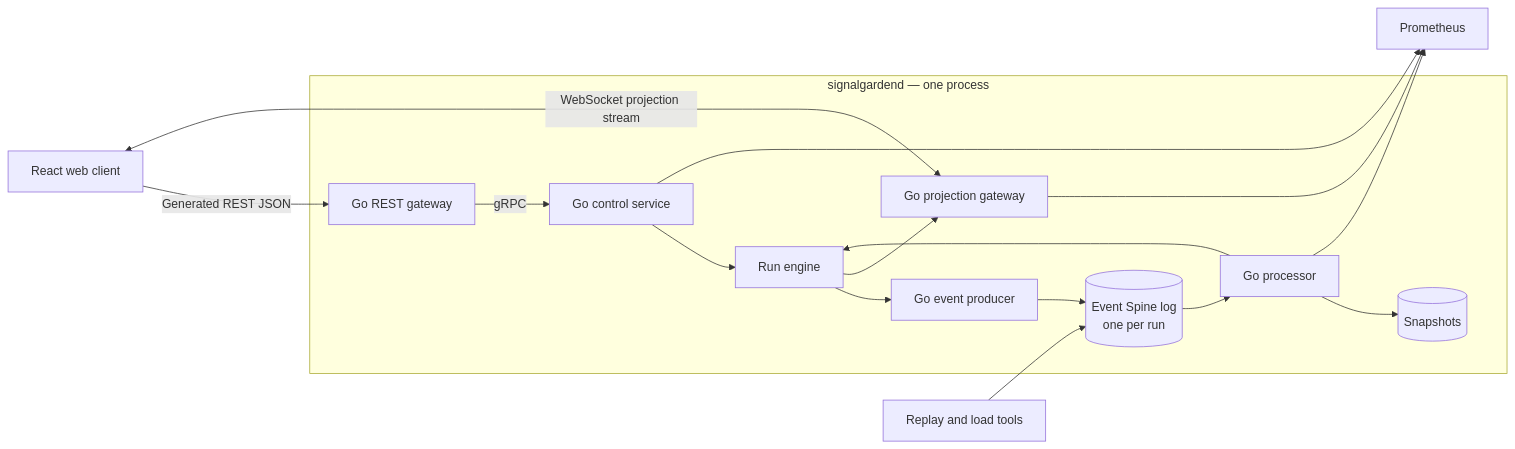
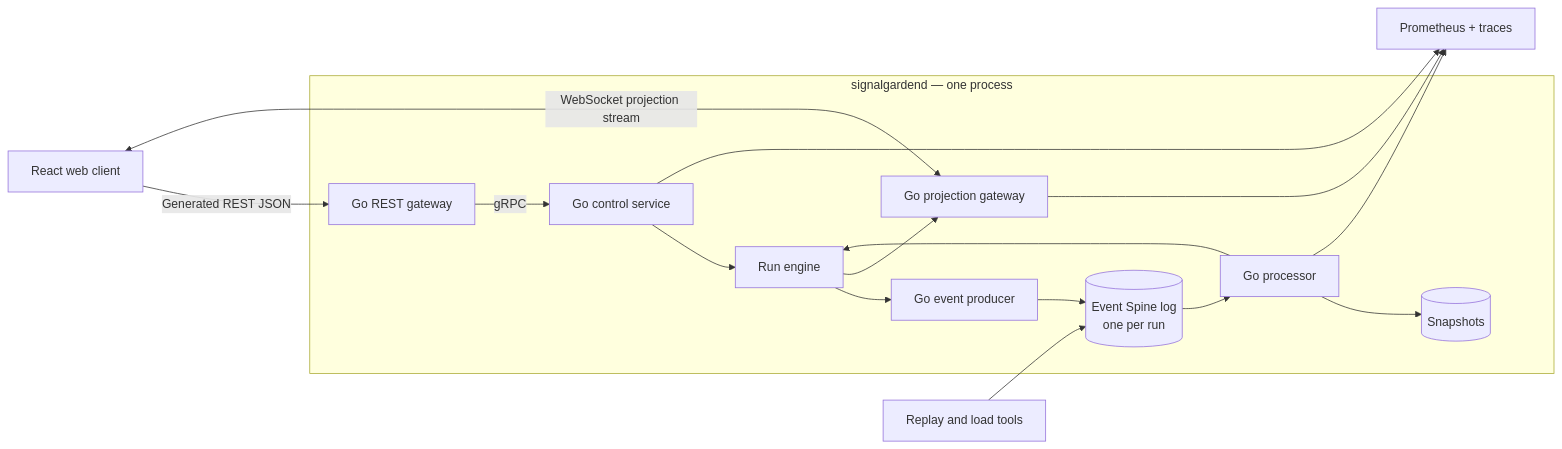
The diagram in docs/architecture.md (DamoDCoder/signal-garden), drawn with Mermaid before and after one commit. The commit also changed other lines of this file and 12 other files, not shown here.

````diff
--- a/docs/architecture.md
+++ b/docs/architecture.md
@@ -5,21 +5,21 @@
 ```mermaid
 flowchart LR
     UI[React web client] -->|Generated REST JSON| Gateway[Go REST gateway]
     UI <-->|WebSocket projection stream| Projection[Go projection gateway]
 
     subgraph Daemon["signalgardend — one process"]
         Gateway -->|gRPC| Control[Go control service]
         Control --> Engine[Run engine]
         Engine --> Producer[Go event producer]
         Producer --> Log[(Event Spine log<br/>one per run)]
         Log --> Processor[Go processor]
         Processor --> Engine
         Engine --> Projection
         Processor --> Store[(Snapshots)]
     end
 
     Replay[Replay and load tools] --> Log
-    Control --> Telemetry[Prometheus]
+    Control --> Telemetry[Prometheus + traces]
     Processor --> Telemetry
     Projection --> Telemetry
 ```
````
